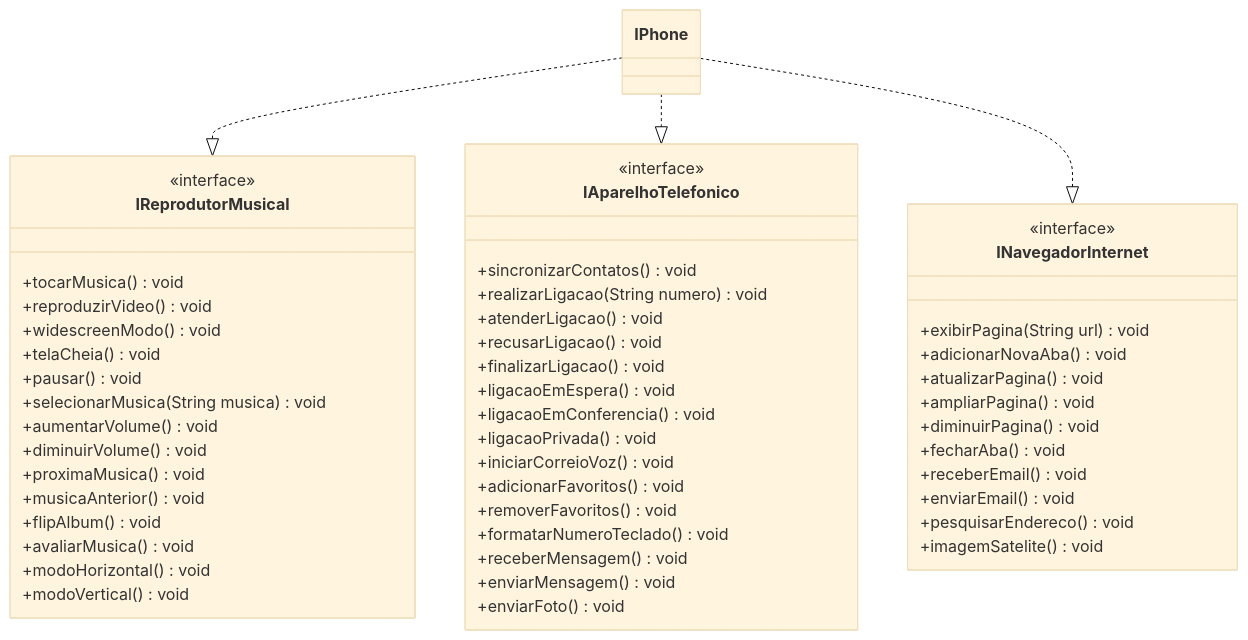
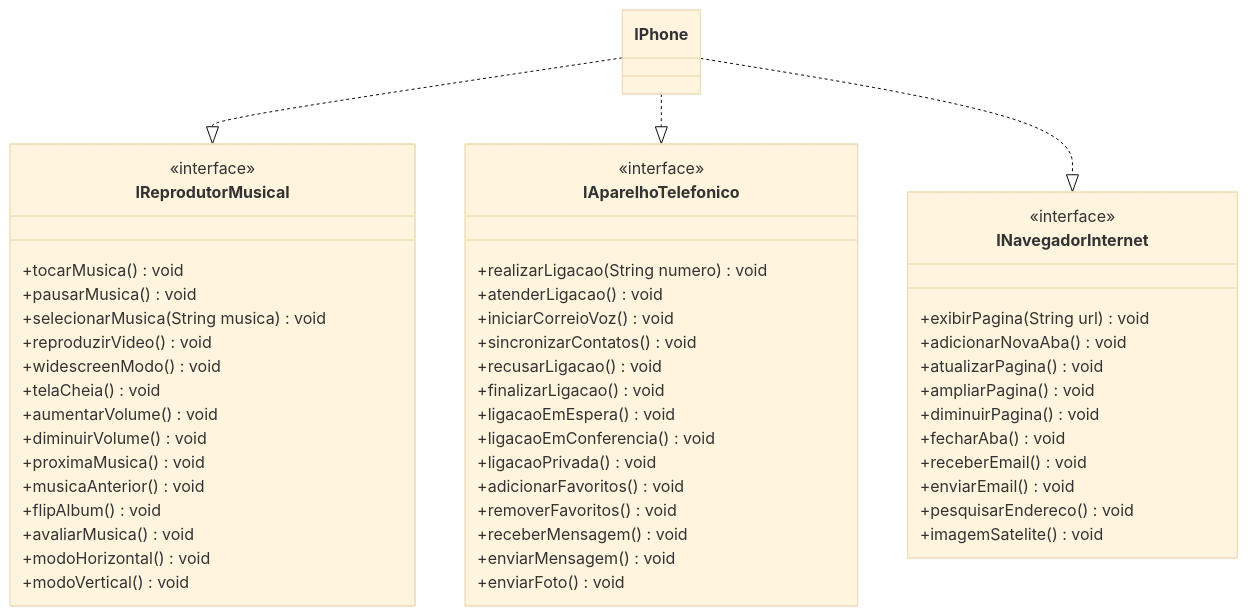
The diagram in README.md (HugoCarnavalleDev/desafio-dio-java-intermediario-1), drawn with Mermaid (base theme) before and after one commit. The commit also changed other lines of this file and 10 other files, not shown here.

```diff
--- a/README.md
+++ b/README.md
@@ -55,19 +55,13 @@
 classDiagram
     class IReprodutorMusical {
         <<interface>>
-        %% -nomeMidea : String
-        %% -nomeArtista : String
-        %% -nomeAlbum : String
-        %% -anoLancamento : int
-        %% -genero : String
-        %% -tempoDuracao : double
+        +tocarMusica() void
+        +pausarMusica() void
+        +selecionarMusica(String musica) void
 
-        +tocarMusica() void
         +reproduzirVideo() void
         +widescreenModo() void
         +telaCheia() void
-        +pausar() void
-        +selecionarMusica(String musica) void
         +aumentarVolume() void
         +diminuirVolume() void
         +proximaMusica() void
@@ -80,24 +74,19 @@
 
     class IAparelhoTelefonico {
         <<interface>>
-        %% -nomeContato : String
-        %% -numeroContato : String
-        %% -emailContato : String
-        %% -enderecoContato : String
-
         %% Ligações
-        +sincronizarContatos() void
         +realizarLigacao(String numero) void
         +atenderLigacao() void
+        +iniciarCorreioVoz() void
+        
+        +sincronizarContatos() void
         +recusarLigacao() void
         +finalizarLigacao() void
         +ligacaoEmEspera() void
         +ligacaoEmConferencia() void
         +ligacaoPrivada() void
-        +iniciarCorreioVoz() void
         +adicionarFavoritos() void
         +removerFavoritos() void
-        +formatarNumeroTeclado() void
 
         %% SMS
         +receberMensagem() void
@@ -109,12 +98,11 @@
 
     class INavegadorInternet {
         <<interface>>
-        %% -enderecoUrl : String
-
         %% Web Browser
         +exibirPagina(String url) void
         +adicionarNovaAba() void
         +atualizarPagina() void
+
         +ampliarPagina() void
         +diminuirPagina() void
         +fecharAba() void
```
